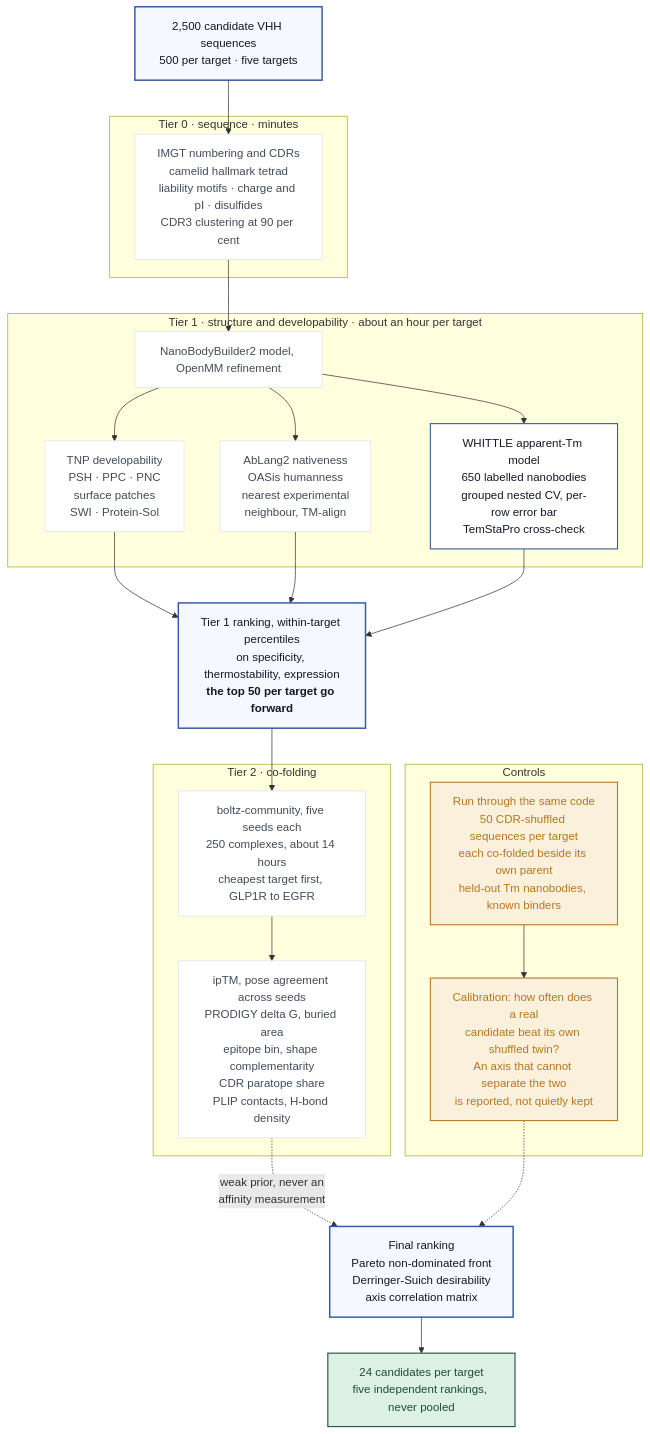
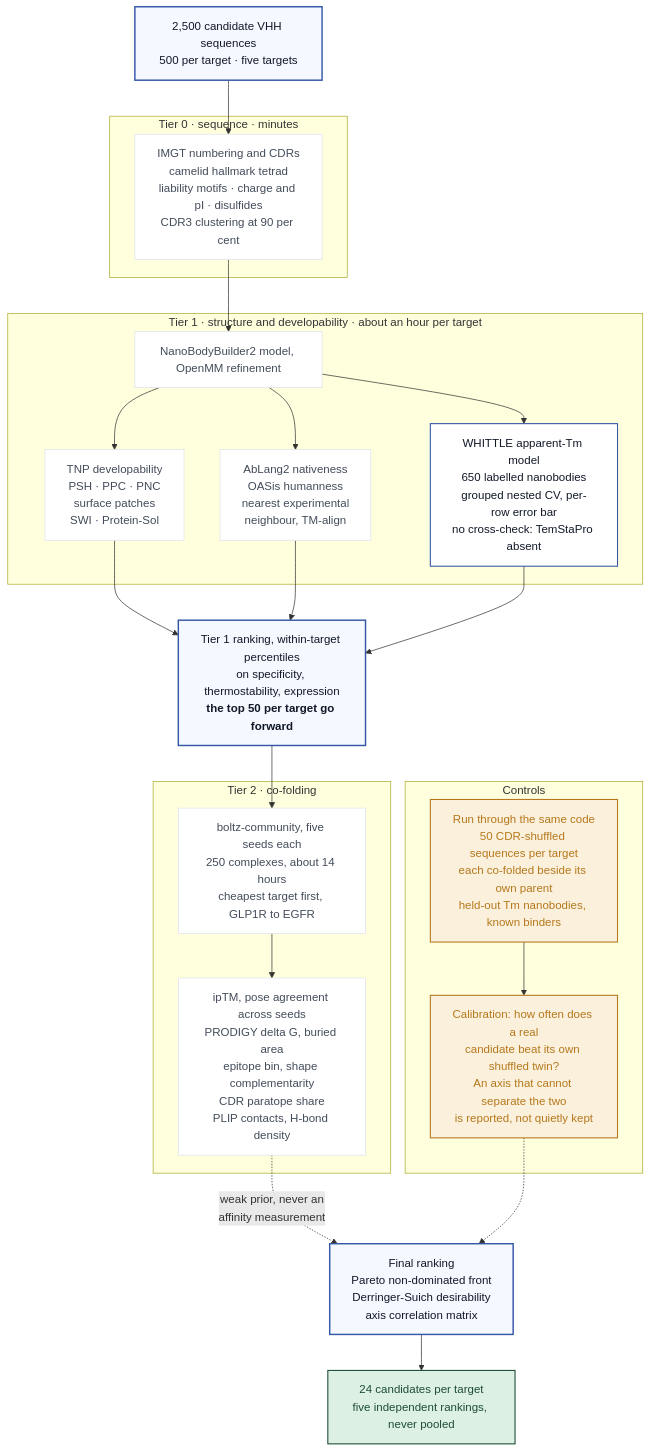
Before and after one commit to bellcheddar/WHITTLE: the diagram in docs/workflow.mmd, drawn with Mermaid. The commit also changed 11 other files, not shown here.

```diff
--- a/docs/workflow.mmd
+++ b/docs/workflow.mmd
@@ -1,65 +1,65 @@
 %% WHITTLE workflow. Rendered to a static SVG at build time by
 %% tools/render_diagram.py; the Mermaid runtime is never loaded on the
 %% droplet (spec 8.3). Each node links into its reference row on About.
 %% Shape matters: an earlier version fanned Tier 1 into four side-by-side
 %% nodes, giving a 1729 x 1146 SVG whose 13px labels landed on screen at
 %% about 8px once scaled into the card. The widest row here is three nodes
 %% and the diagram runs tall instead, so it renders near its native size.
 flowchart TD
     IN["2,500 candidate VHH sequences<br/>500 per target &middot; five targets"]:::input
 
     IN --> T0
 
     subgraph T0G ["Tier 0 &middot; sequence &middot; minutes"]
         T0["IMGT numbering and CDRs<br/>camelid hallmark tetrad<br/>liability motifs &middot; charge and pI &middot; disulfides<br/>CDR3 clustering at 90 per cent"]:::tier
     end
 
     T0 --> T1
 
     subgraph T1G ["Tier 1 &middot; structure and developability &middot; about an hour per target"]
         T1["NanoBodyBuilder2 model, OpenMM refinement"]:::tier
         T1 --> T1a["TNP developability<br/>PSH &middot; PPC &middot; PNC<br/>surface patches<br/>SWI &middot; Protein-Sol"]:::tier
         T1 --> T1c["AbLang2 nativeness<br/>OASis humanness<br/>nearest experimental<br/>neighbour, TM-align"]:::tier
-        T1 --> TM["WHITTLE apparent-Tm model<br/>650 labelled nanobodies<br/>grouped nested CV, per-row error bar<br/>TemStaPro cross-check"]:::model
+        T1 --> TM["WHITTLE apparent-Tm model<br/>650 labelled nanobodies<br/>grouped nested CV, per-row error bar<br/>no cross-check: TemStaPro absent"]:::model
     end
 
     T1a --> R1
     T1c --> R1
     TM --> R1
 
     R1["Tier 1 ranking, within-target percentiles<br/>on specificity, thermostability, expression<br/><b>the top 50 per target go forward</b>"]:::rank
 
     R1 --> T2
 
     subgraph T2G ["Tier 2 &middot; co-folding"]
         T2["boltz-community, five seeds each<br/>250 complexes, about 14 hours<br/>cheapest target first, GLP1R to EGFR"]:::tier
         T2 --> T2a["ipTM, pose agreement across seeds<br/>PRODIGY delta G, buried area<br/>epitope bin, shape complementarity<br/>CDR paratope share<br/>PLIP contacts, H-bond density"]:::tier
     end
 
     T2a -.->|"weak prior, never an<br/>affinity measurement"| R2
 
     subgraph CG ["Controls"]
         CTRL["Run through the same code<br/>50 CDR-shuffled sequences per target<br/>each co-folded beside its own parent<br/>held-out Tm nanobodies, known binders"]:::control
         CTRL --> CAL["Calibration: how often does a real<br/>candidate beat its own shuffled twin?<br/>An axis that cannot separate the two<br/>is reported, not quietly kept"]:::control
     end
 
     CAL -.-> R2
 
     R2["Final ranking<br/>Pareto non-dominated front<br/>Derringer-Suich desirability<br/>axis correlation matrix"]:::rank
 
     R2 --> OUT["24 candidates per target<br/>five independent rankings, never pooled"]:::output
 
     classDef input fill:#F5F8FF,stroke:#3457A6,stroke-width:2px,color:#111827
     classDef tier fill:#FFFFFF,stroke:#DDE2EB,stroke-width:1px,color:#434C5A
     classDef model fill:#FFFFFF,stroke:#3457A6,stroke-width:1.5px,color:#111827
     classDef rank fill:#F5F8FF,stroke:#3457A6,stroke-width:2px,color:#111827
     classDef output fill:#DCF0E4,stroke:#1E4D35,stroke-width:1.5px,color:#1E4D35
     classDef control fill:#FBF0DC,stroke:#B5781C,stroke-width:1.5px,color:#B5781C
 
     click T0 "#ref-anarci" "ANARCI"
     click T1 "#ref-immunebuilder" "ImmuneBuilder"
     click T1a "#ref-tnp" "TNP"
     click T1c "#ref-ablang2" "AbLang2"
     click TM "#ref-nanomelt_method" "the thermostability labels"
     click T2 "#ref-boltz2" "boltz-community"
     click T2a "#ref-prodigy" "PRODIGY"
```
